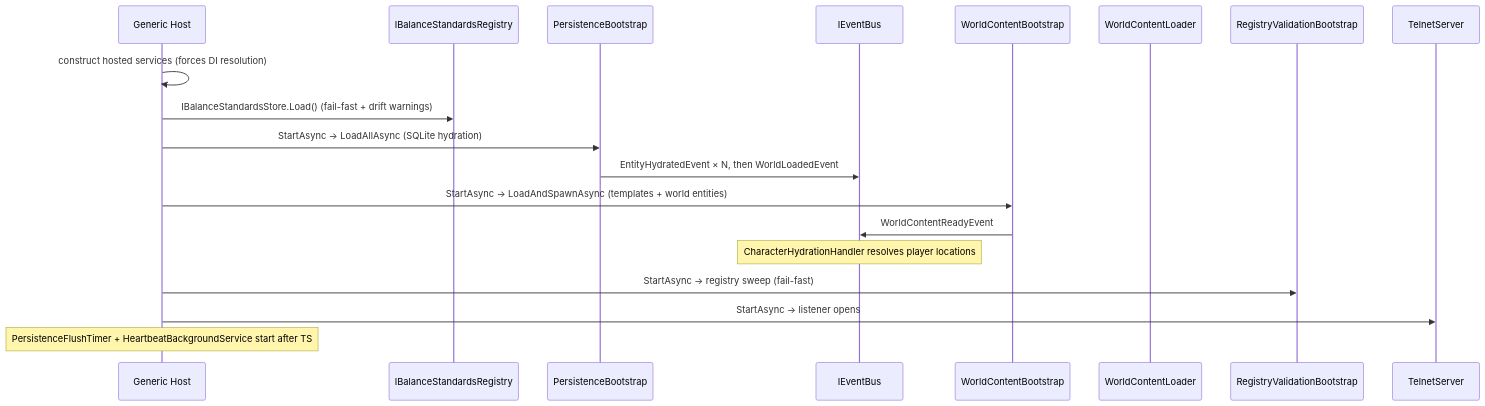
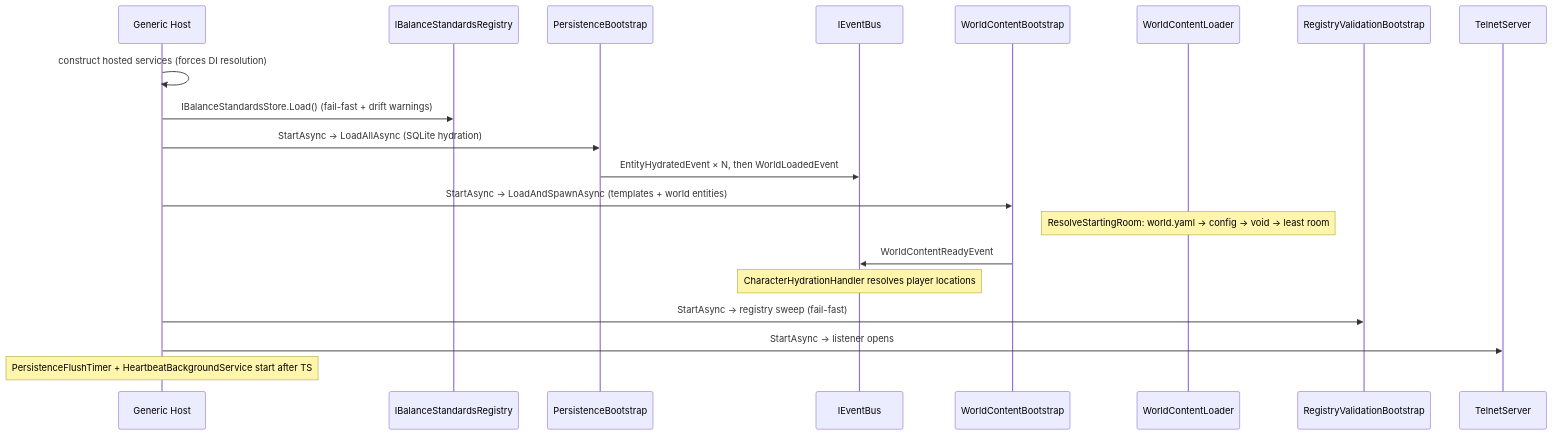
One commit to dmbyer/Hedron changed the diagram in docs/architecture/flows/flow-01-server-startup.md. Above: the diagram before and after it, drawn with Mermaid. The commit also changed other lines of this file and 97 other files, not shown here.

````diff
--- a/docs/architecture/flows/flow-01-server-startup.md
+++ b/docs/architecture/flows/flow-01-server-startup.md
@@ -9,22 +9,23 @@
 ```mermaid
 sequenceDiagram
     participant Host as Generic Host
     participant BSR as IBalanceStandardsRegistry
     participant PB as PersistenceBootstrap
     participant Bus as IEventBus
     participant WCB as WorldContentBootstrap
     participant WCL as WorldContentLoader
     participant RVB as RegistryValidationBootstrap
     participant TS as TelnetServer
 
     Host->>Host: construct hosted services (forces DI resolution)
     Host->>BSR: IBalanceStandardsStore.Load() (fail-fast + drift warnings)
     Host->>PB: StartAsync → LoadAllAsync (SQLite hydration)
     PB->>Bus: EntityHydratedEvent × N, then WorldLoadedEvent
     Host->>WCB: StartAsync → LoadAndSpawnAsync (templates + world entities)
+    Note over WCL: ResolveStartingRoom: world.yaml → config → void → least room
     WCB->>Bus: WorldContentReadyEvent
     Note over Bus: CharacterHydrationHandler resolves player locations
     Host->>RVB: StartAsync → registry sweep (fail-fast)
     Host->>TS: StartAsync → listener opens
     Note over Host: PersistenceFlushTimer + HeartbeatBackgroundService start after TS
 ```
````
